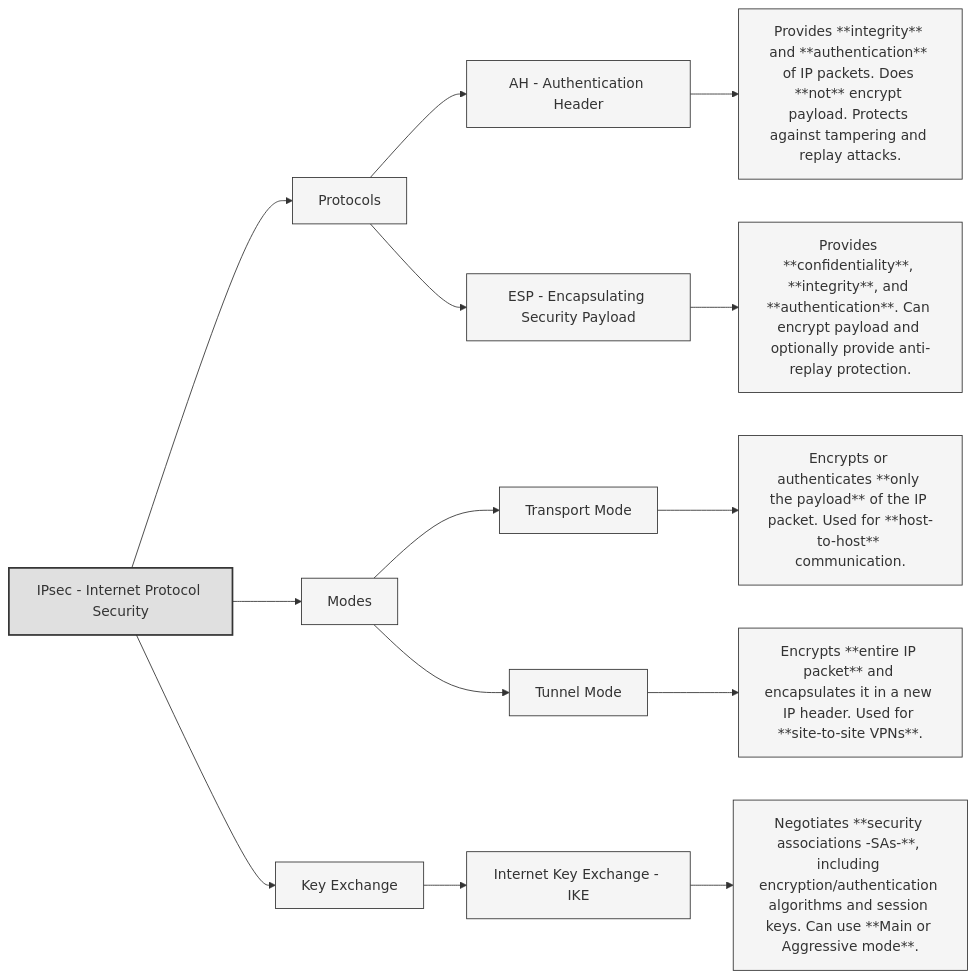
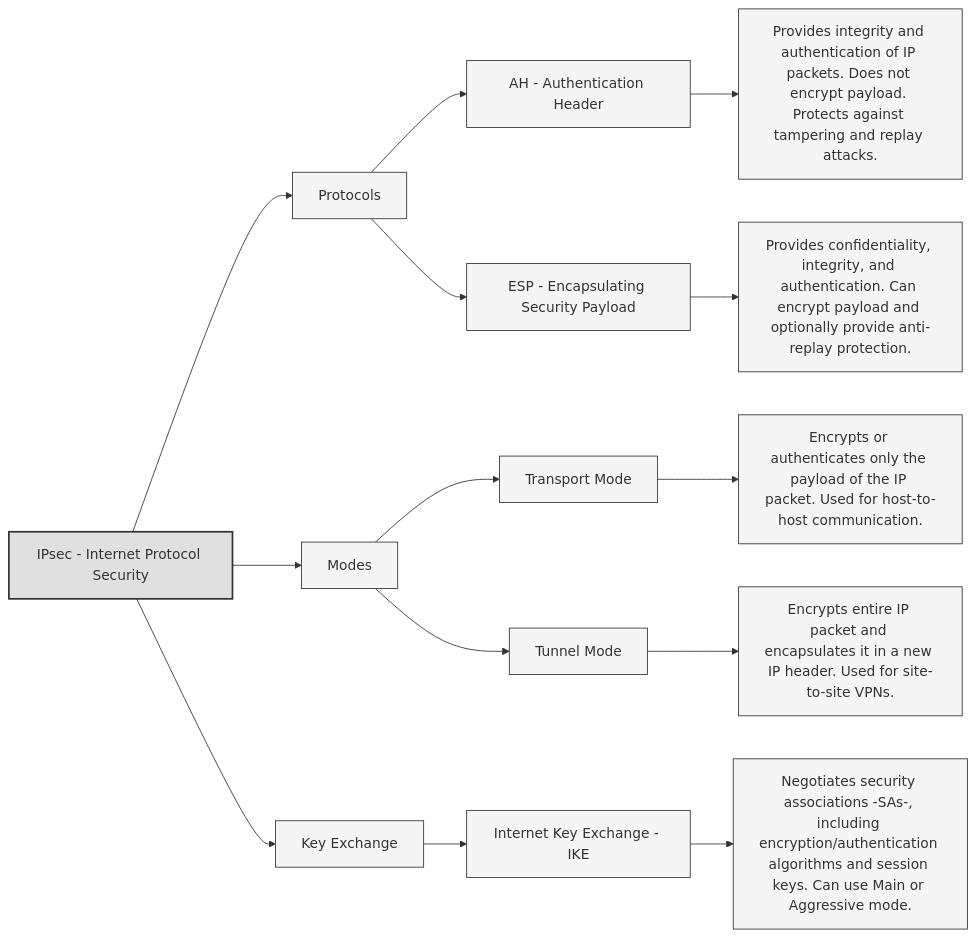
Before and after one commit to lorenzoleonelli/CISSP-Zero-to-Hero: the second of 3 diagrams in DOMAIN4: Communication and Network Security/4.01 Apply secure design principles in network architectures.md, drawn with Mermaid. The commit also changed other lines of this file, not shown here.

Commit message:
Update 4.01 Apply secure design principles in network architectures.md

````diff
--- a/DOMAIN4: Communication and Network Security/4.01 Apply secure design principles in network architectures.md
+++ b/DOMAIN4: Communication and Network Security/4.01 Apply secure design principles in network architectures.md
@@ -614,33 +606,31 @@
 ```mermaid
 flowchart LR
-    IPSEC[IPsec - Internet Protocol Security]:::title
+    IPSEC["IPsec - Internet Protocol Security"]:::title
 
     %% Protocols
-    IPSEC --> Protocols[Protocols]
-    Protocols --> AH[AH - Authentication Header]
-    AH --> AHDesc[Provides **integrity** and **authentication** of IP packets. Does **not** encrypt payload. Protects against tampering and replay attacks.]
-    Protocols --> ESP[ESP - Encapsulating Security Payload]
-    ESP --> ESPDesc[Provides **confidentiality**, **integrity**, and **authentication**. Can encrypt payload and optionally provide anti-replay protection.]
+    IPSEC --> Protocols["Protocols"]
+    Protocols --> AH["AH - Authentication Header"]
+    AH --> AHDesc["Provides integrity and authentication of IP packets. Does not encrypt payload. Protects against tampering and replay attacks."]
+    Protocols --> ESP["ESP - Encapsulating Security Payload"]
+    ESP --> ESPDesc["Provides confidentiality, integrity, and authentication. Can encrypt payload and optionally provide anti-replay protection."]
 
     %% Modes
-    IPSEC --> Modes[Modes]
-    Modes --> Transport[Transport Mode]
-    Transport --> TransportDesc[Encrypts or authenticates **only the payload** of the IP packet. Used for **host-to-host** communication.]
-    Modes --> Tunnel[Tunnel Mode]
-    Tunnel --> TunnelDesc[Encrypts **entire IP packet** and encapsulates it in a new IP header. Used for **site-to-site VPNs**.]
+    IPSEC --> Modes["Modes"]
+    Modes --> Transport["Transport Mode"]
+    Transport --> TransportDesc["Encrypts or authenticates only the payload of the IP packet. Used for host-to-host communication."]
+    Modes --> Tunnel["Tunnel Mode"]
+    Tunnel --> TunnelDesc["Encrypts entire IP packet and encapsulates it in a new IP header. Used for site-to-site VPNs."]
 
     %% Key Exchange
-    IPSEC --> KeyExchange[Key Exchange]
-    KeyExchange --> IKE[Internet Key Exchange - IKE]
-    IKE --> IKEDesc[Negotiates **security associations -SAs-**, including encryption/authentication algorithms and session keys. Can use **Main or Aggressive mode**.]
-
-    %% Styling
-    classDef title fill:#f9f,stroke:#333,stroke-width:2px
-    class IPSEC title
+    IPSEC --> KeyExchange["Key Exchange"]
+    KeyExchange --> IKE["Internet Key Exchange - IKE"]
+    IKE --> IKEDesc["Negotiates security associations -SAs-, including encryption/authentication algorithms and session keys. Can use Main or Aggressive mode."]
 
     %% Styling
     classDef title fill:#e0e0e0,stroke:#333,stroke-width:2px
     class IPSEC title
+
     classDef box fill:#f5f5f5,stroke:#333,stroke-width:1px
     class Protocols,AH,AHDesc,ESP,ESPDesc,Modes,Transport,TransportDesc,Tunnel,TunnelDesc,KeyExchange,IKE,IKEDesc box
+
 ```
````
